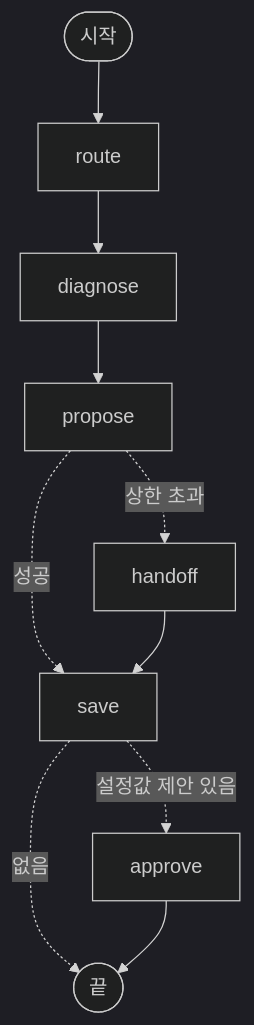
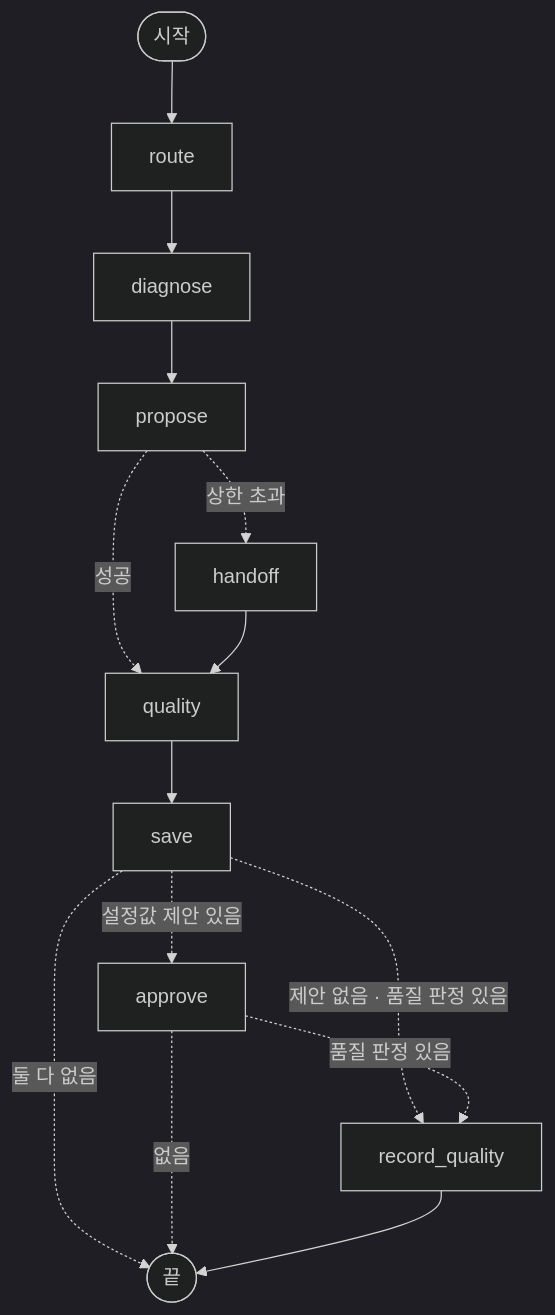
One commit to hohoho-1/factory-agent-demo changed the diagram in docs/orchestrator-langgraph.md. Above: the diagram before and after it, drawn with Mermaid (dark theme). The commit also changed other lines of this file, not shown here.

Commit message:
Redraw the LangGraph comparison diagram with the quality agent nodes

````diff
--- a/docs/orchestrator-langgraph.md
+++ b/docs/orchestrator-langgraph.md
@@ -16,12 +16,16 @@
 ```mermaid
 graph TD;
     START([시작]) --> route;
     route --> diagnose;
     diagnose --> propose;
     propose -. 상한 초과 .-> handoff;
-    propose -. 성공 .-> save;
-    handoff --> save;
+    propose -. 성공 .-> quality;
+    handoff --> quality;
+    quality --> save;
     save -. 설정값 제안 있음 .-> approve;
-    save -. 없음 .-> END([끝]);
-    approve --> END;
+    save -. 제안 없음 · 품질 판정 있음 .-> record_quality;
+    save -. 둘 다 없음 .-> END([끝]);
+    approve -. 품질 판정 있음 .-> record_quality;
+    approve -. 없음 .-> END;
+    record_quality --> END;
 ```
````
